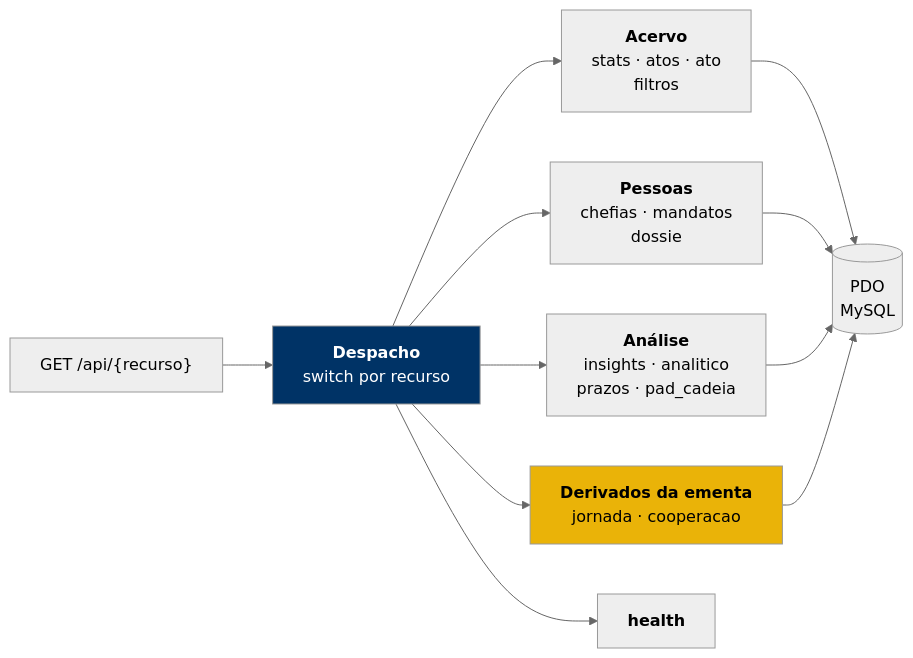
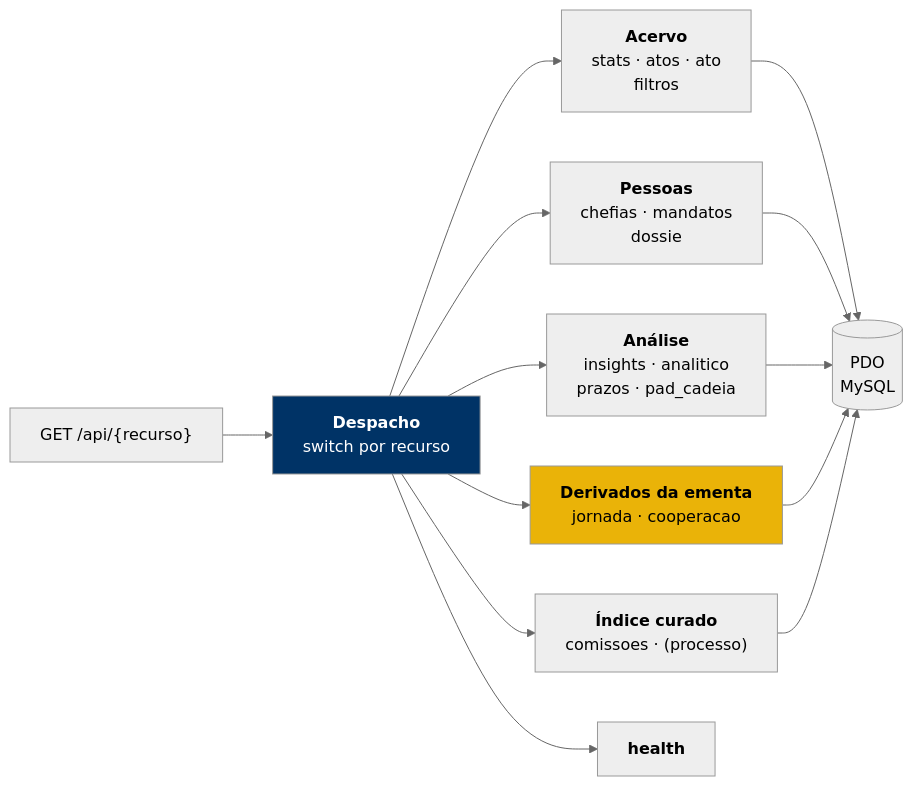
One commit to estudio-max/Portal-de-Normas-e-atos-da-UFF changed the third of 5 diagrams in docs/ARQUITETURA-C4.md. Above: the diagram before and after it, drawn with Mermaid (neutral theme). The commit also changed other lines of this file and 2 other files, not shown here.

First line of the commit message:
Documentacao: reflete processo, comissoes, sindicancia e Percona 5.7

````diff
--- a/docs/ARQUITETURA-C4.md
+++ b/docs/ARQUITETURA-C4.md
@@ -116,18 +116,20 @@
 ```mermaid
 flowchart LR
     req["GET /api/{recurso}"] --> disp["<b>Despacho</b><br/>switch por recurso"]
 
     disp --> acervo["<b>Acervo</b><br/>stats · atos · ato<br/>filtros"]
     disp --> pessoas["<b>Pessoas</b><br/>chefias · mandatos<br/>dossie"]
     disp --> analise["<b>Análise</b><br/>insights · analitico<br/>prazos · pad_cadeia"]
     disp --> ementa["<b>Derivados da ementa</b><br/>jornada · cooperacao"]
+    disp --> curado["<b>Índice curado</b><br/>comissoes · (processo)"]
     disp --> saude["<b>health</b>"]
 
     acervo --> pdo[("PDO<br/>MySQL")]
     pessoas --> pdo
     analise --> pdo
     ementa --> pdo
+    curado --> pdo
 
     style disp fill:#003366,color:#fff
     style ementa fill:#EAB308
 ```
````
